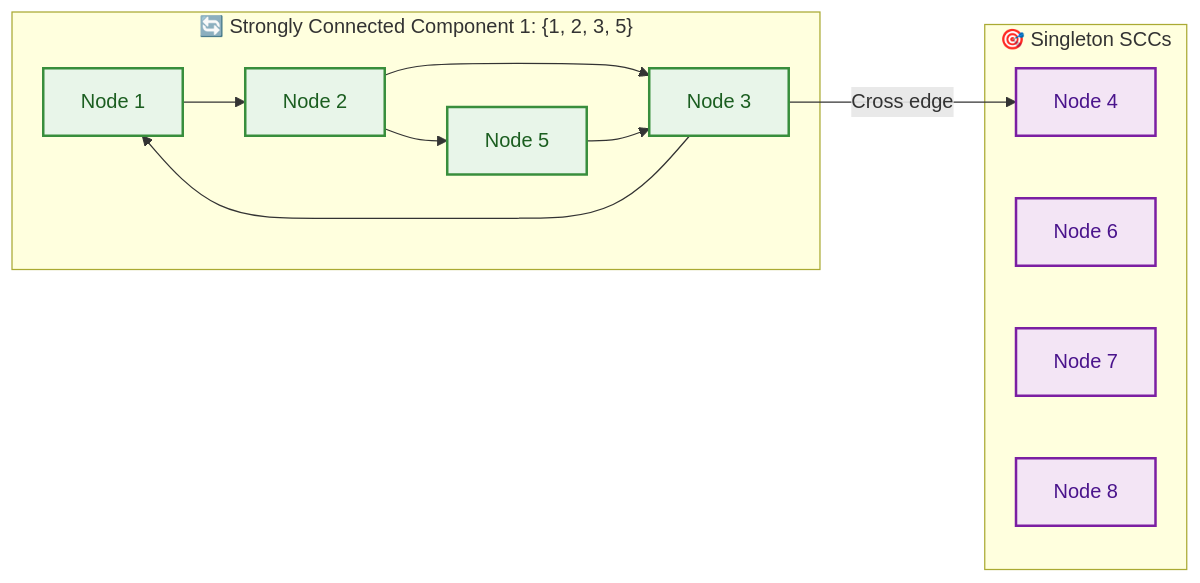
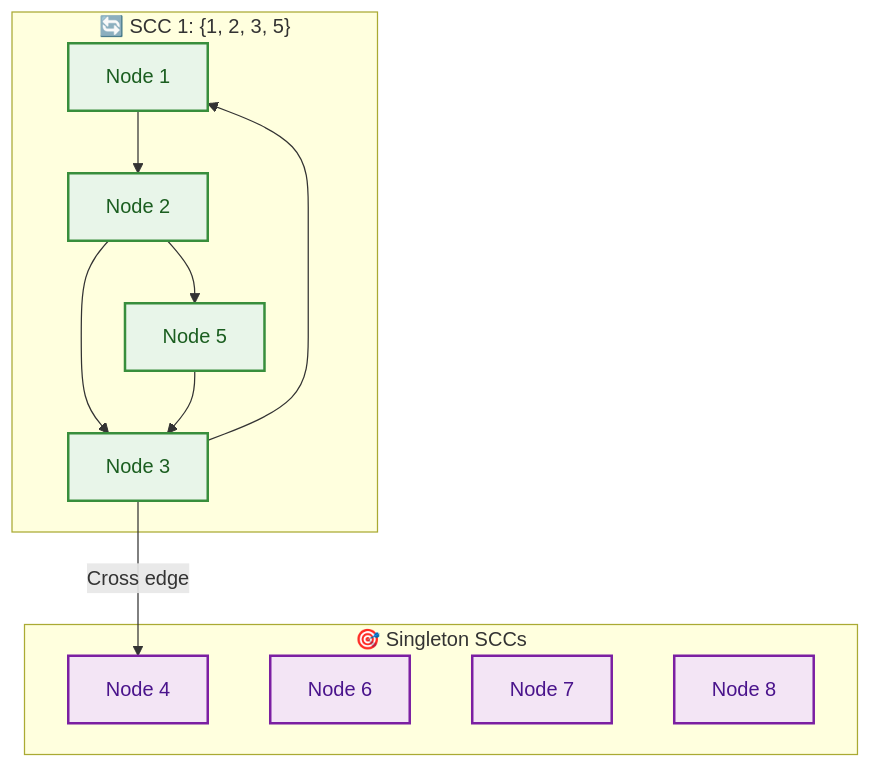
The sixth of 6 diagrams in week_08_graph_fundamentals/WEEK_08_FULL_PLAYBOOK.md (dip4k/DSA_102), drawn with Mermaid before and after one commit. The commit also changed 191 other files, not shown here.

````diff
--- a/week_08_graph_fundamentals/WEEK_08_FULL_PLAYBOOK.md
+++ b/week_08_graph_fundamentals/WEEK_08_FULL_PLAYBOOK.md
@@ -928,23 +928,23 @@
 ```mermaid
-flowchart LR
+flowchart TD
     classDef scc1 fill:#e8f5e9,stroke:#388e3c,color:#1b5e20,stroke-width:2px;
     classDef scc2 fill:#f3e5f5,stroke:#7b1fa2,color:#4a148c,stroke-width:2px;
 
-    subgraph SCC1["🔄 Strongly Connected Component 1: {1, 2, 3, 5}"]
+    subgraph SCC1["🔄 SCC 1: {1, 2, 3, 5}"]
         N1["Node 1"]:::scc1
         N2["Node 2"]:::scc1
         N3["Node 3"]:::scc1
         N5["Node 5"]:::scc1
         N1 --> N2 --> N3 --> N1
         N2 --> N5 --> N3
     end
 
     subgraph SCC2["🎯 Singleton SCCs"]
         N4["Node 4"]:::scc2
         N6["Node 6"]:::scc2
         N7["Node 7"]:::scc2
         N8["Node 8"]:::scc2
     end
 
     N3 -->|Cross edge| N4
 ```
````
